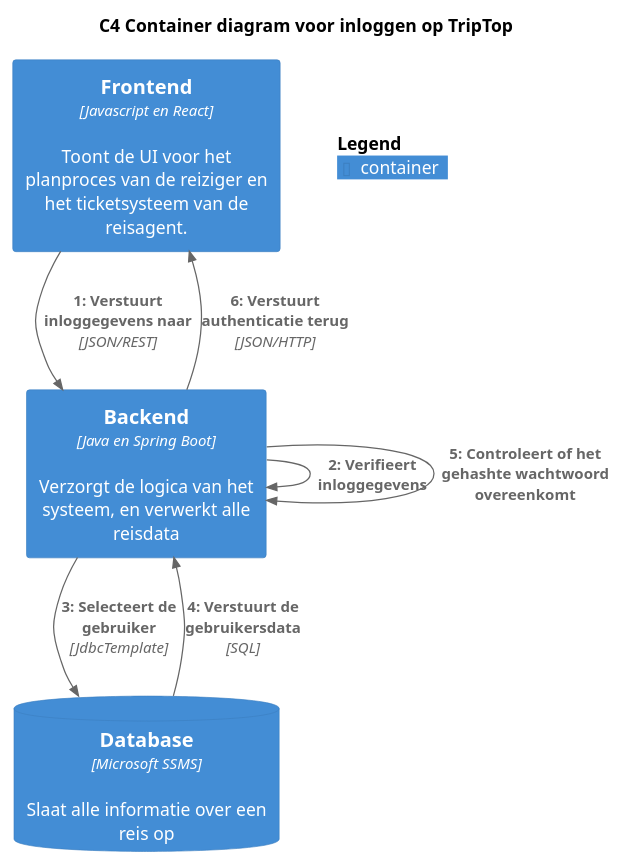
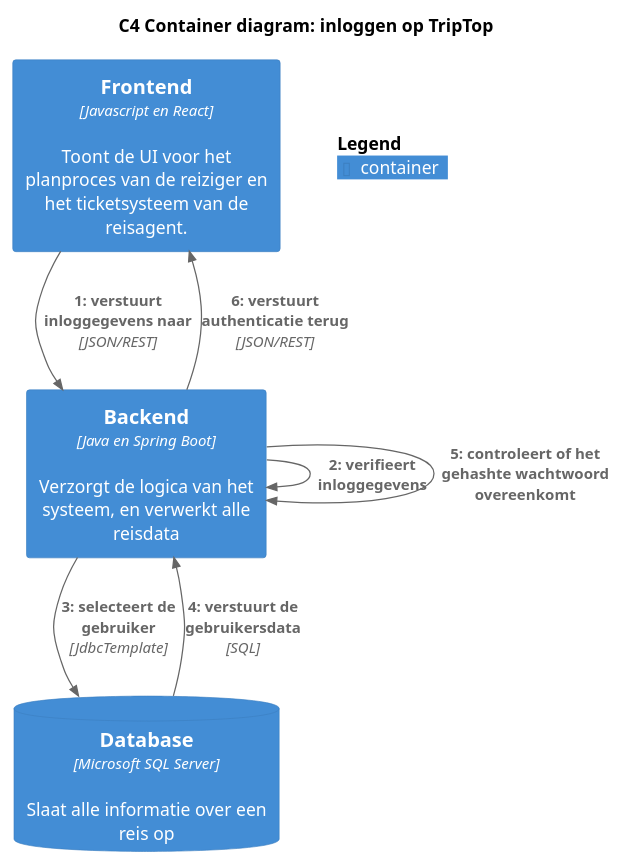
The diagram in software-guidebook/sgb-bestanden/dynamisch-container-diagram-inloggen.puml (AIM-ENE-feb25/triptop-groep-4-jochem-roald-stijn-a), drawn with PlantUML before and after one commit. The commit also changed 4 other files, not shown here.

Commit message:
C4 diagrammen bijgewerkt

```diff
--- a/software-guidebook/sgb-bestanden/dynamisch-container-diagram-inloggen.puml
+++ b/software-guidebook/sgb-bestanden/dynamisch-container-diagram-inloggen.puml
@@ -1,24 +1,24 @@
-@startuml C4 Container diagram voor inloggen op TripTop
-title C4 Container diagram voor inloggen op TripTop
+@startuml
+title C4 Container diagram: inloggen op TripTop
 !include <C4/C4_Container.puml>
 
 top to bottom direction
 
 SHOW_PERSON_OUTLINE()
 
 Container(frontend, "Frontend", "Javascript en React", "Toont de UI voor het planproces van de reiziger en het ticketsysteem van de reisagent.")
 Container(backend, "Backend", "Java en Spring Boot", "Verzorgt de logica van het systeem, en verwerkt alle reisdata")
-ContainerDb(db, "Database", "Microsoft SSMS", "Slaat alle informatie over een reis op")
+ContainerDb(db, "Database", "Microsoft SQL Server", "Slaat alle informatie over een reis op")
 
-Rel(frontend, backend, "1: Verstuurt inloggegevens naar", "JSON/REST")
+Rel(frontend, backend, "1: verstuurt inloggegevens naar", "JSON/REST")
 
-Rel(backend, backend, "2: Verifieert inloggegevens")
+Rel(backend, backend, "2: verifieert inloggegevens")
 
-Rel(backend, db, "3: Selecteert de gebruiker", "JdbcTemplate")
-Rel(db, backend, "4: Verstuurt de gebruikersdata", "SQL")
-Rel(backend, backend, "5: Controleert of het gehashte wachtwoord overeenkomt")
-Rel(backend, frontend, "6: Verstuurt authenticatie terug", "JSON/HTTP")
+Rel(backend, db, "3: selecteert de gebruiker", "JdbcTemplate")
+Rel(db, backend, "4: verstuurt de gebruikersdata", "SQL")
+Rel(backend, backend, "5: controleert of het gehashte wachtwoord overeenkomt")
+Rel(backend, frontend, "6: verstuurt authenticatie terug", "JSON/REST")
 
 SHOW_FLOATING_LEGEND()
 
 @enduml
```
